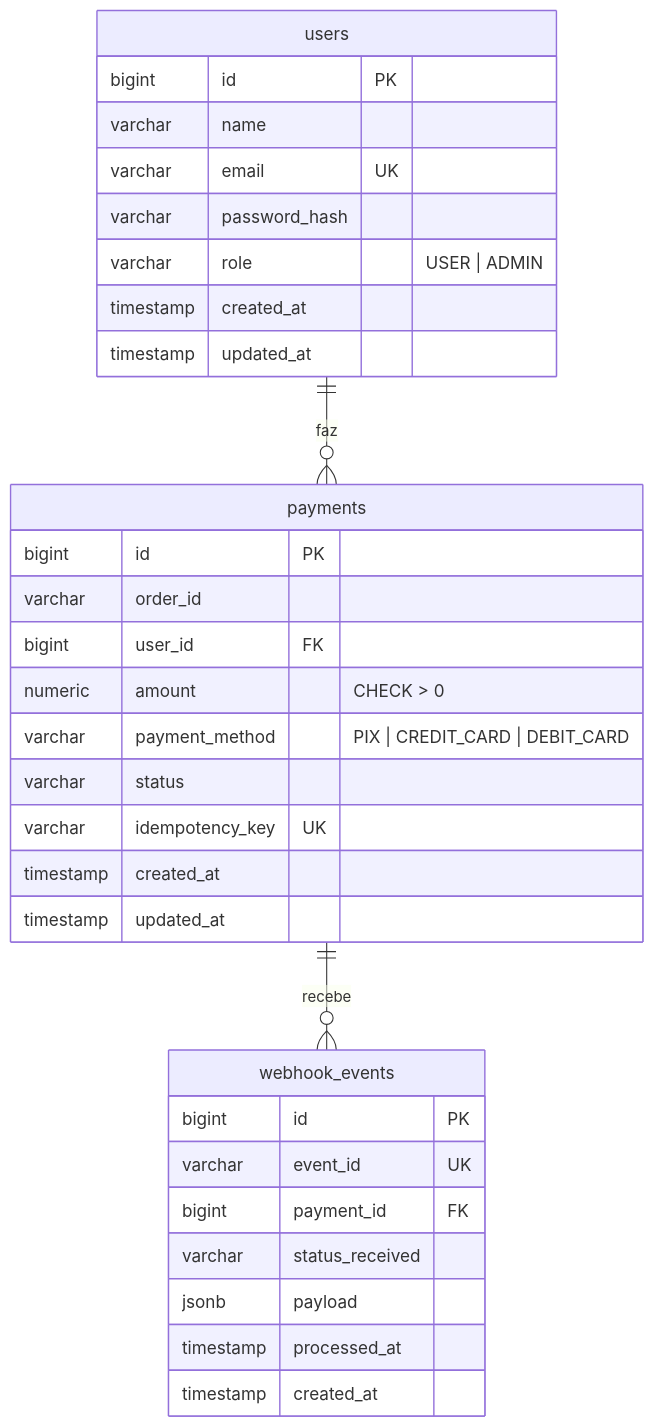
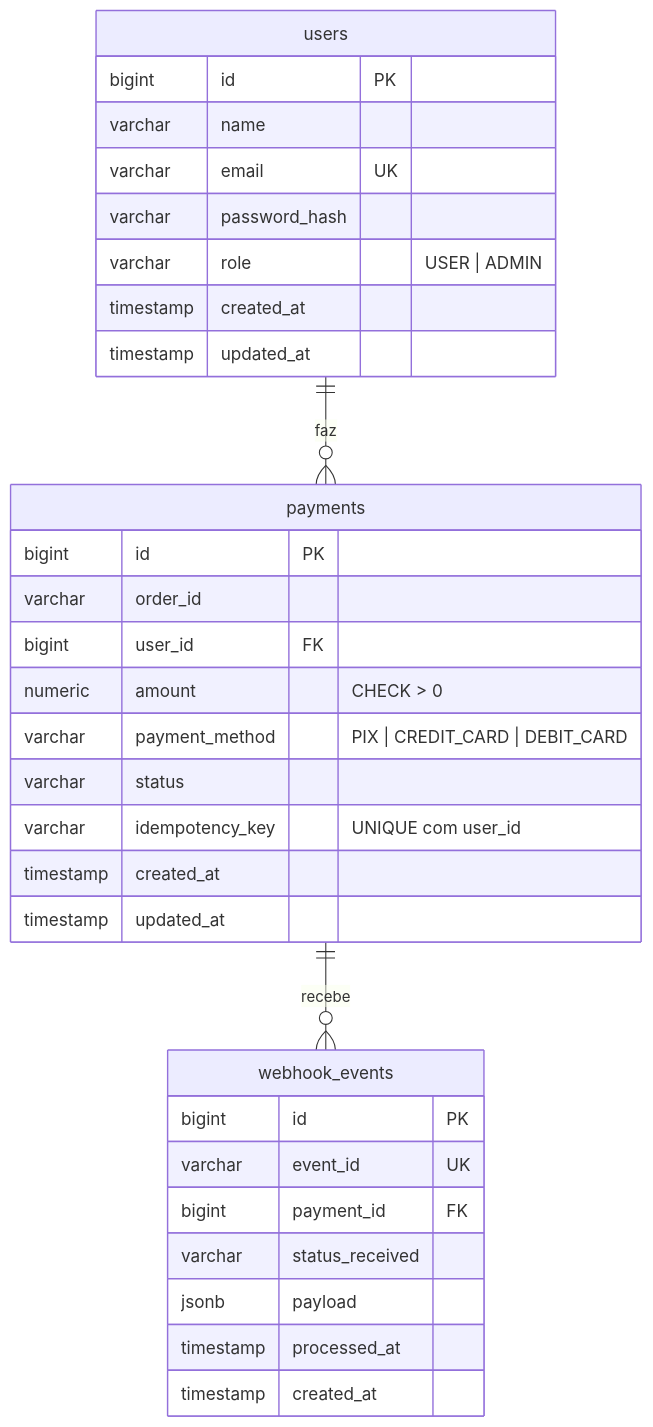
One commit to Dev-lleonardo/Payment-API changed the fourth of 4 diagrams in README.md. Above: the diagram before and after it, drawn with Mermaid. The commit also changed other lines of this file and 7 other files, not shown here.

First line of the commit message:
fix: escopa Idempotency-Key por usuario (UNIQUE(user_id, idempotency_key))

````diff
--- a/README.md
+++ b/README.md
@@ -121,35 +123,35 @@
 ```mermaid
 erDiagram
     users ||--o{ payments : "faz"
     payments ||--o{ webhook_events : "recebe"
 
     users {
         bigint id PK
         varchar name
         varchar email UK
         varchar password_hash
         varchar role "USER | ADMIN"
         timestamp created_at
         timestamp updated_at
     }
     payments {
         bigint id PK
         varchar order_id
         bigint user_id FK
         numeric amount "CHECK > 0"
         varchar payment_method "PIX | CREDIT_CARD | DEBIT_CARD"
         varchar status
-        varchar idempotency_key UK
+        varchar idempotency_key "UNIQUE com user_id"
         timestamp created_at
         timestamp updated_at
     }
     webhook_events {
         bigint id PK
         varchar event_id UK
         bigint payment_id FK
         varchar status_received
         jsonb payload
         timestamp processed_at
         timestamp created_at
     }
 ```
````
